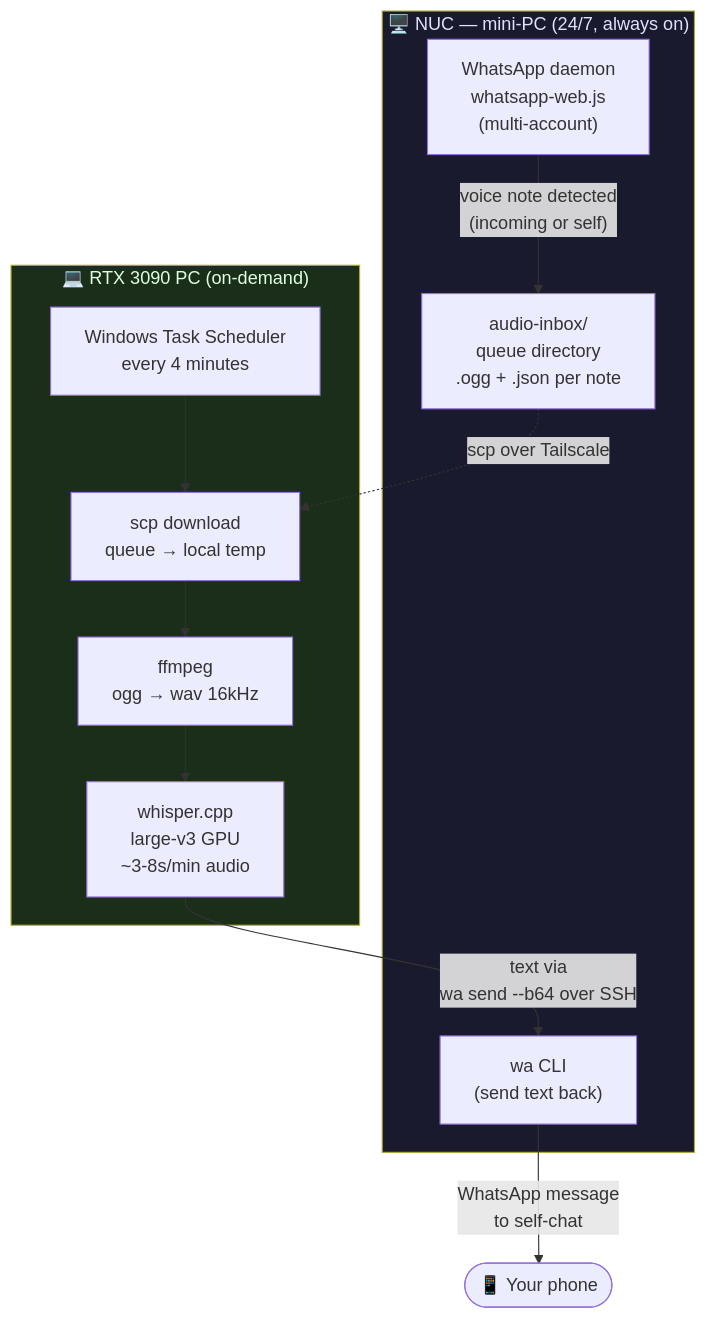
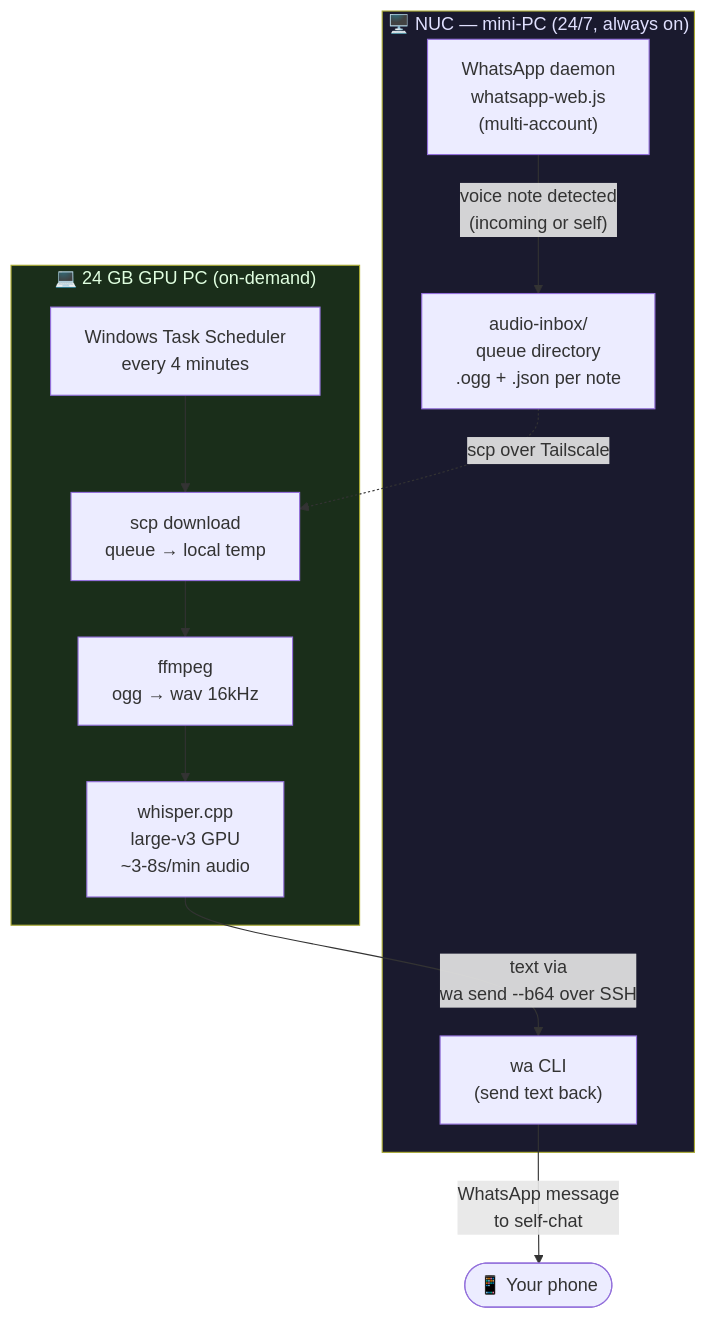
One commit to msemino/whatsapp-voice-transcriber changed the first of 3 diagrams in README.md. Above: the diagram before and after it, drawn with Mermaid. The commit also changed other lines of this file and 1 other file, not shown here.

Commit message:
README: sacar 'RTX 3090' -> '24 GB GPU' (regla §0, no filtrar el modelo exacto de la GPU)

````diff
--- a/README.md
+++ b/README.md
@@ -31,24 +31,24 @@
 ```mermaid
 graph TB
     subgraph NUC["🖥️ NUC — mini-PC (24/7, always on)"]
         WA["WhatsApp daemon\nwhatsapp-web.js\n(multi-account)"]
         INBOX["audio-inbox/\nqueue directory\n.ogg + .json per note"]
         WA_SEND["wa CLI\n(send text back)"]
         WA -->|"voice note detected\n(incoming or self)"| INBOX
     end
 
-    subgraph PC["💻 RTX 3090 PC (on-demand)"]
+    subgraph PC["💻 24 GB GPU PC (on-demand)"]
         SCHED["Windows Task Scheduler\nevery 4 minutes"]
         SCP["scp download\nqueue → local temp"]
         FFMPEG["ffmpeg\nogg → wav 16kHz"]
         WHISPER["whisper.cpp\nlarge-v3 GPU\n~3-8s/min audio"]
         SCHED --> SCP --> FFMPEG --> WHISPER
     end
 
     INBOX -. "scp over Tailscale" .-> SCP
     WHISPER -->|"text via\nwa send --b64 over SSH"| WA_SEND
     WA_SEND -->|"WhatsApp message\nto self-chat"| YOU([📱 Your phone])
 
     style NUC fill:#1a1a2e,color:#e0e0ff
     style PC fill:#1a2e1a,color:#e0ffe0
 ```
````
